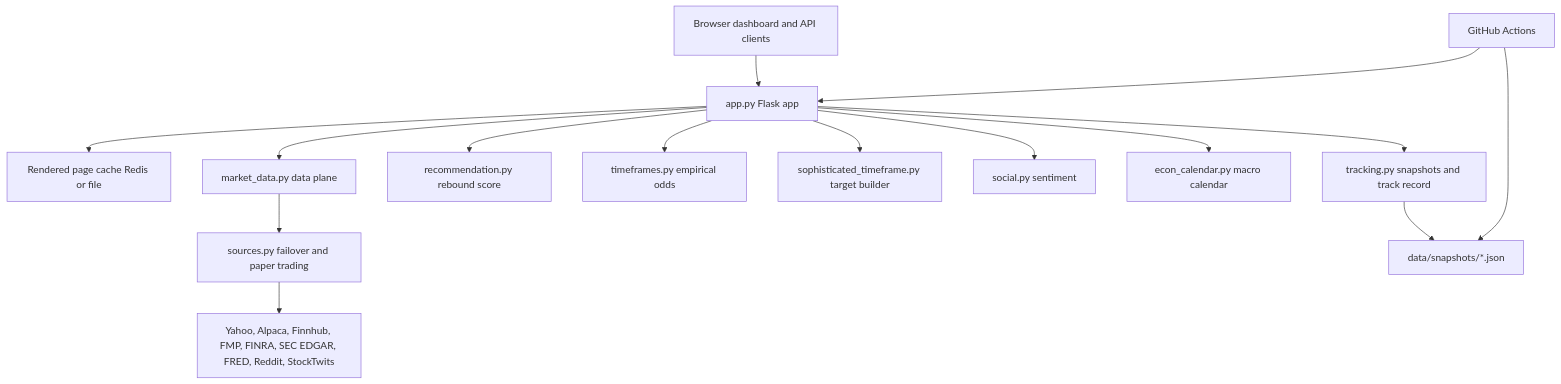
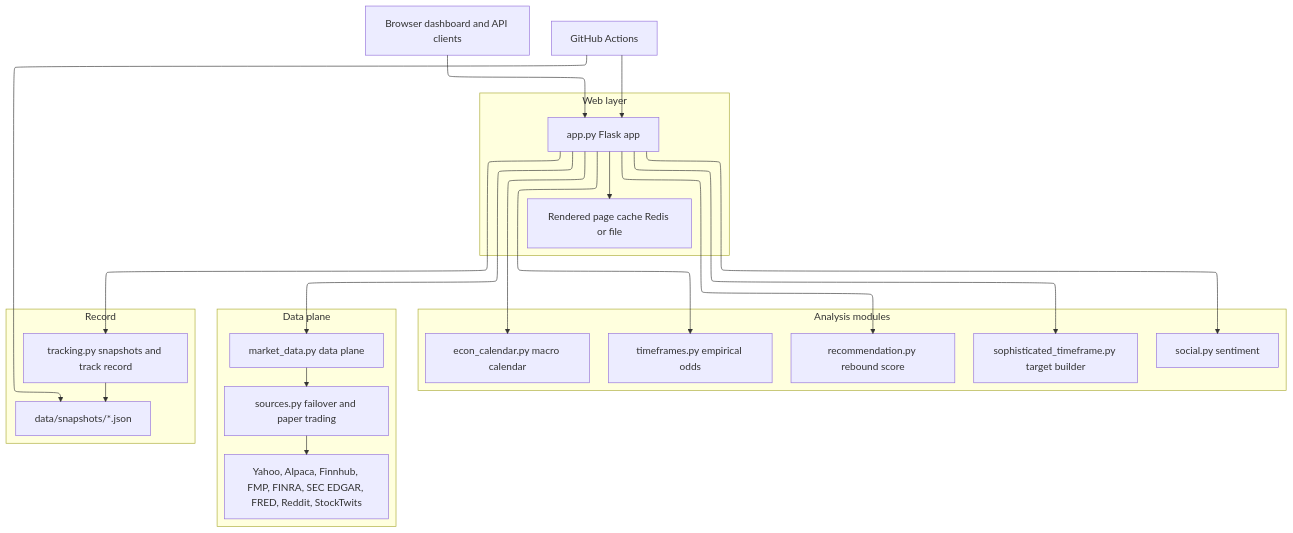
The first of 2 diagrams in openwiki/architecture/overview.md (repbyrepdev/yahoo_losers_webapp), drawn with Mermaid before and after one commit. The commit also changed 6 other files, not shown here.

First line of the commit message:
Diagram sweep: ELK + structural subgraphs across all seven flowcharts (#94)

````diff
--- a/openwiki/architecture/overview.md
+++ b/openwiki/architecture/overview.md
@@ -14,17 +14,38 @@
 ```mermaid
+%%{init: {"flowchart": {"defaultRenderer": "elk"}}}%%
 flowchart TD
-    Browser["Browser dashboard and API clients"] --> Flask["app.py Flask app"]
-    Flask --> PageCache["Rendered page cache Redis or file"]
-    Flask --> MD["market_data.py data plane"]
-    Flask --> Rec["recommendation.py rebound score"]
-    Flask --> Odds["timeframes.py empirical odds"]
-    Flask --> STF["sophisticated_timeframe.py target builder"]
-    Flask --> Social["social.py sentiment"]
-    Flask --> Econ["econ_calendar.py macro calendar"]
-    Flask --> Track["tracking.py snapshots and track record"]
-    MD --> Sources["sources.py failover and paper trading"]
-    Sources --> Providers["Yahoo, Alpaca, Finnhub, FMP, FINRA, SEC EDGAR, FRED, Reddit, StockTwits"]
-    Track --> Snapshots["data/snapshots/*.json"]
-    Actions["GitHub Actions"] --> Flask
-    Actions --> Snapshots
+  subgraph Web["Web layer"]
+    Flask["app.py Flask app"]
+    PageCache["Rendered page cache Redis or file"]
+  end
+  subgraph Analysis["Analysis modules"]
+    Rec["recommendation.py rebound score"]
+    Odds["timeframes.py empirical odds"]
+    STF["sophisticated_timeframe.py target builder"]
+    Social["social.py sentiment"]
+    Econ["econ_calendar.py macro calendar"]
+  end
+  subgraph DataPlane["Data plane"]
+    MD["market_data.py data plane"]
+    Sources["sources.py failover and paper trading"]
+    Providers["Yahoo, Alpaca, Finnhub, FMP, FINRA, SEC EDGAR, FRED, Reddit, StockTwits"]
+  end
+  subgraph Record["Record"]
+    Track["tracking.py snapshots and track record"]
+    Snapshots["data/snapshots/*.json"]
+  end
+  Browser["Browser dashboard and API clients"] --> Flask
+  Actions["GitHub Actions"] --> Flask
+  Actions --> Snapshots
+  Flask --> PageCache
+  Flask --> MD
+  Flask --> Rec
+  Flask --> Odds
+  Flask --> STF
+  Flask --> Social
+  Flask --> Econ
+  Flask --> Track
+  MD --> Sources
+  Sources --> Providers
+  Track --> Snapshots
 ```
````
